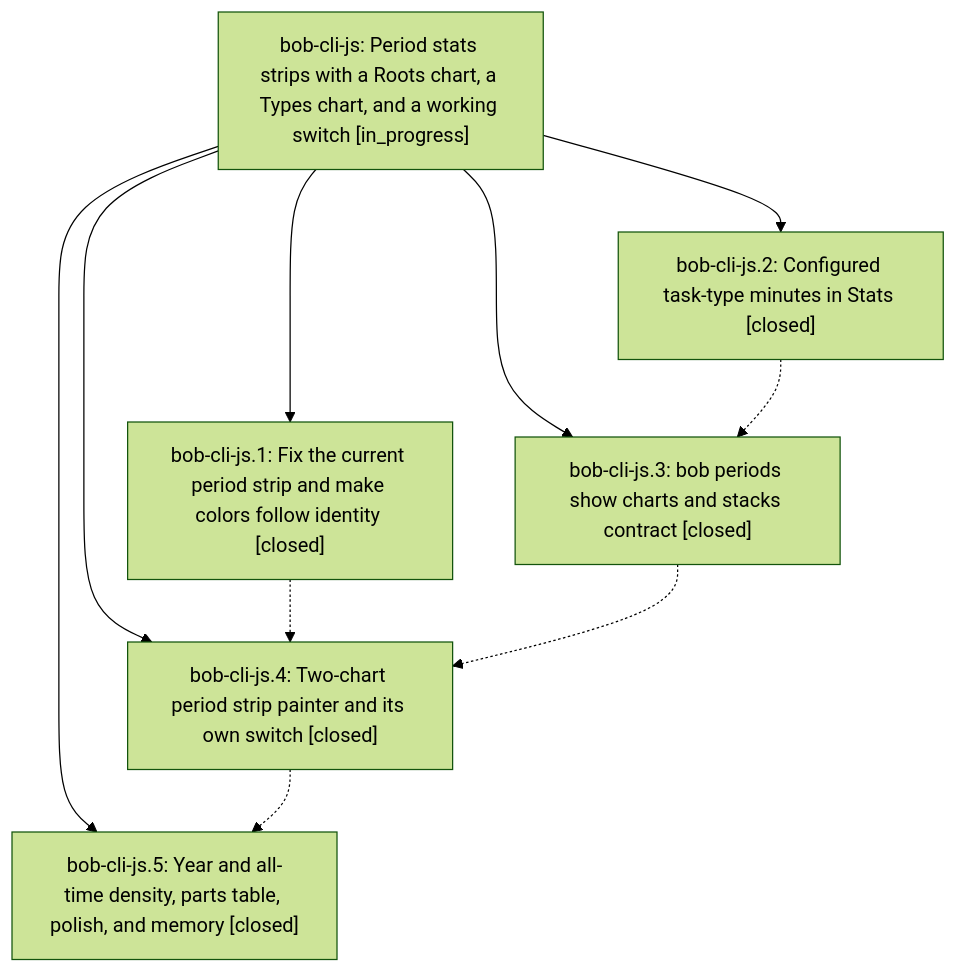
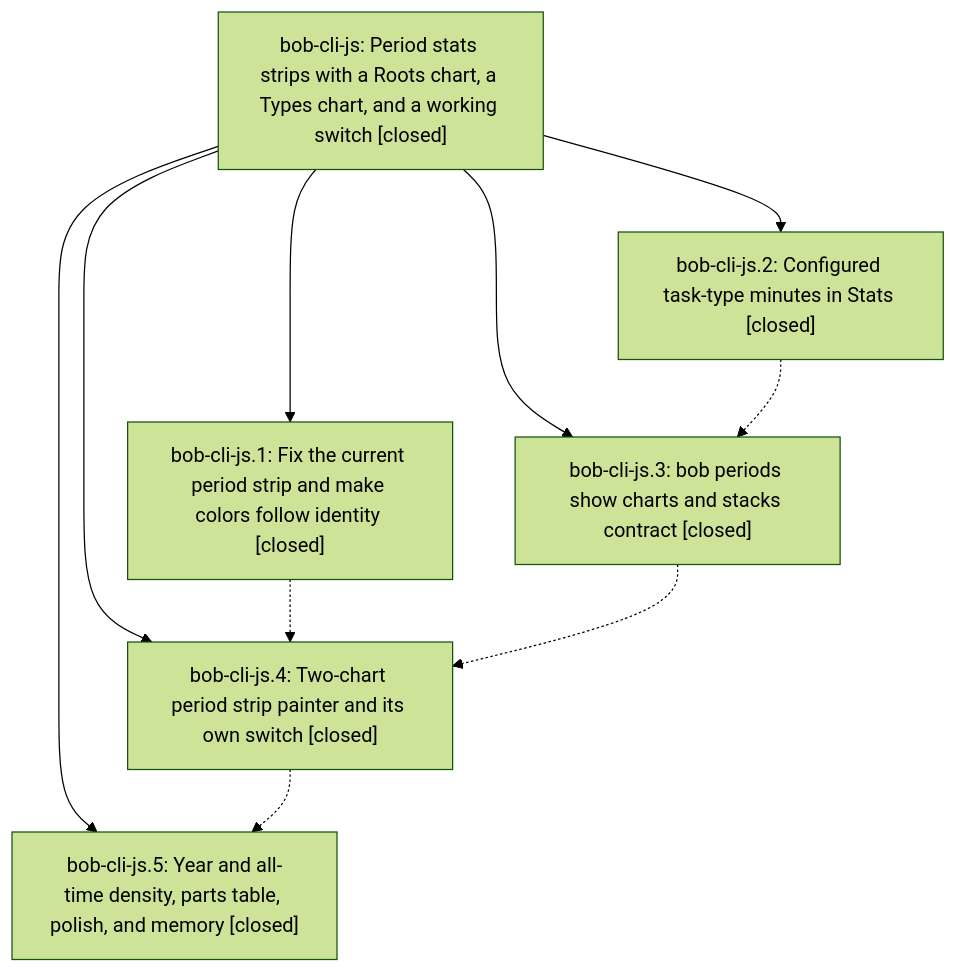
One commit to bobs-org/bob-cli--beads changed the diagram in pages/bob-cli-js/README.md. Above: the diagram before and after it, drawn with Mermaid (forest theme). The commit also changed other lines of this file and 1 other file, not shown here.

First line of the commit message:
chore(beads): sync bead state and pages for bob-cli-js

````diff
--- a/pages/bob-cli-js/README.md
+++ b/pages/bob-cli-js/README.md
@@ -38,18 +46,18 @@
 ```mermaid
 flowchart TD
-    n0["bob-cli-js: Period stats strips with a Roots chart, a Types chart, and a working switch [in_progress]"]
+    n0["bob-cli-js: Period stats strips with a Roots chart, a Types chart, and a working switch [closed]"]
     n1["bob-cli-js.1: Fix the current period strip and make colors follow identity [closed]"]
     n2["bob-cli-js.2: Configured task-type minutes in Stats [closed]"]
     n3["bob-cli-js.3: bob periods show charts and stacks contract [closed]"]
     n4["bob-cli-js.4: Two-chart period strip painter and its own switch [closed]"]
     n5["bob-cli-js.5: Year and all-time density, parts table, polish, and memory [closed]"]
     n0 --> n1
     n0 --> n2
     n0 --> n3
     n0 --> n4
     n0 --> n5
     n1 -.-> n4
     n2 -.-> n3
     n3 -.-> n4
     n4 -.-> n5
 ```
````
